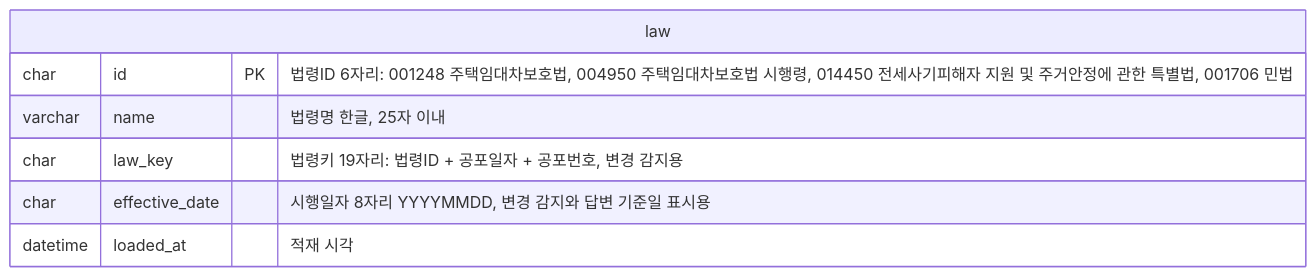
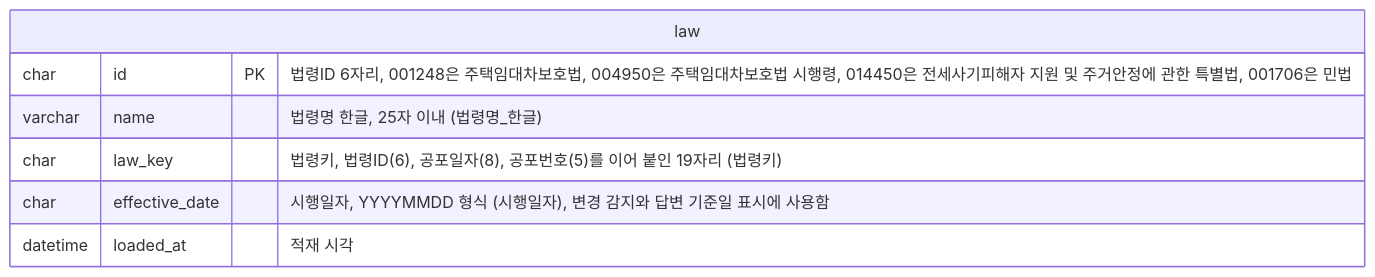
The eighth of 10 diagrams in docs/erd.md (f-lab-edu/jipsee), drawn with Mermaid before and after one commit. The commit also changed other lines of this file and 2 other files, not shown here.

````diff
--- a/docs/erd.md
+++ b/docs/erd.md
@@ -208,10 +208,10 @@
 ```mermaid
 erDiagram
     law {
-        char id PK "법령ID 6자리: 001248 주택임대차보호법, 004950 주택임대차보호법 시행령, 014450 전세사기피해자 지원 및 주거안정에 관한 특별법, 001706 민법"
-        varchar name "법령명 한글, 25자 이내"
-        char law_key "법령키 19자리: 법령ID + 공포일자 + 공포번호, 변경 감지용"
-        char effective_date "시행일자 8자리 YYYYMMDD, 변경 감지와 답변 기준일 표시용"
+        char id PK "법령ID 6자리, 001248은 주택임대차보호법, 004950은 주택임대차보호법 시행령, 014450은 전세사기피해자 지원 및 주거안정에 관한 특별법, 001706은 민법"
+        varchar name "법령명 한글, 25자 이내 (법령명_한글)"
+        char law_key "법령키, 법령ID(6), 공포일자(8), 공포번호(5)를 이어 붙인 19자리 (법령키)"
+        char effective_date "시행일자, YYYYMMDD 형식 (시행일자), 변경 감지와 답변 기준일 표시에 사용함"
         datetime loaded_at "적재 시각"
     }
 ```
````
